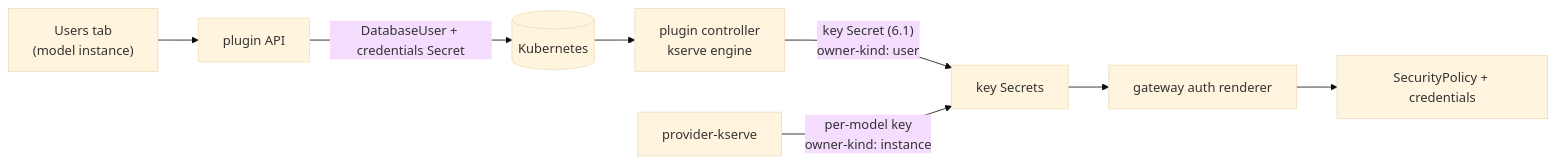
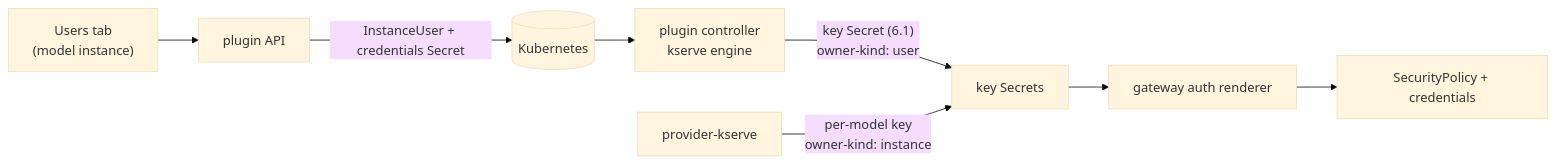
Before and after one commit to atharvamhaske/provider-kserve: the second of 2 diagrams in docs/proposals/ai-gateway-api-keys.md, drawn with Mermaid (base theme). The commit also changed other lines of this file, not shown here.

First line of the commit message:
docs(proposal): plugin-user-management renamed DatabaseUser to InstanceUser

````diff
--- a/docs/proposals/ai-gateway-api-keys.md
+++ b/docs/proposals/ai-gateway-api-keys.md
@@ -376,10 +376,10 @@
 ```mermaid
 flowchart LR
   UI["Users tab<br/>(model instance)"] --> API[plugin API]
-  API -->|DatabaseUser + credentials Secret| K8S[(Kubernetes)]
+  API -->|InstanceUser + credentials Secret| K8S[(Kubernetes)]
   K8S --> CTRL[plugin controller<br/>kserve engine]
   CTRL -->|"key Secret (6.1)<br/>owner-kind: user"| KS[key Secrets]
   PK[provider-kserve] -->|"per-model key<br/>owner-kind: instance"| KS
   KS --> R[gateway auth renderer]
   R --> SP[SecurityPolicy + credentials]
 ```
````
